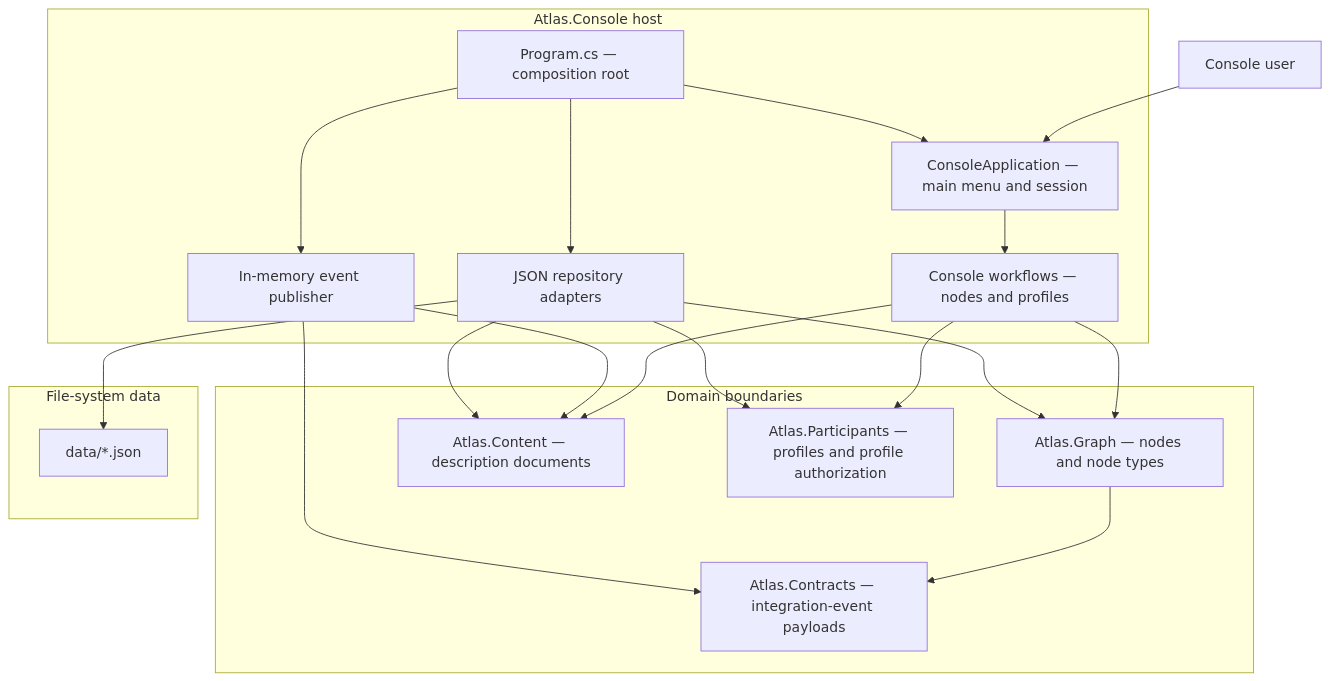
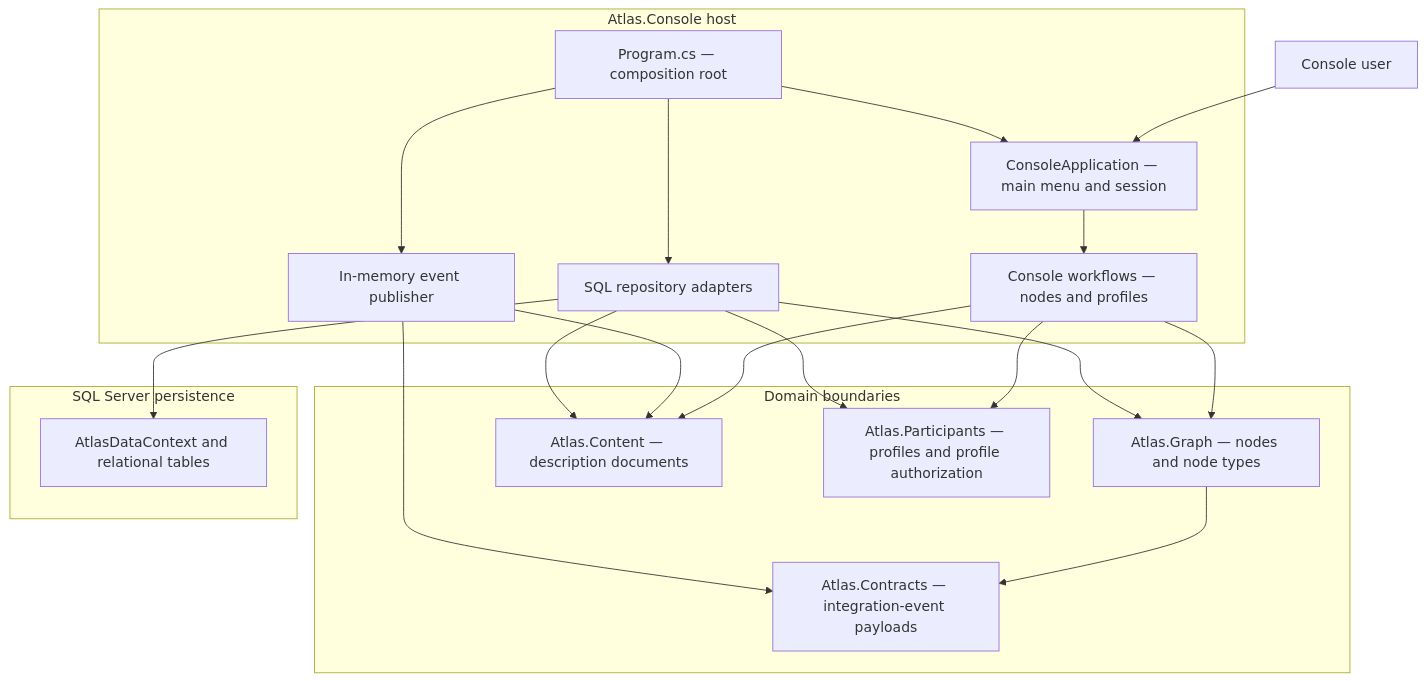
The first of 5 diagrams in src/Atlas.Console/README.md (williamowen65/atlas-the-public-think-tank), drawn with Mermaid before and after one commit. The commit also changed other lines of this file and 41 other files, not shown here.

Commit message:
docs: align blackboards and architecture with SQL Server persistence

````diff
--- a/src/Atlas.Console/README.md
+++ b/src/Atlas.Console/README.md
@@ -9,39 +9,39 @@
 ```mermaid
 flowchart TB
     user["Console user"]
 
     subgraph host["Atlas.Console host"]
         program["Program.cs — composition root"]
         app["ConsoleApplication — main menu and session"]
         workflows["Console workflows — nodes and profiles"]
         eventBus["In-memory event publisher"]
-        adapters["JSON repository adapters"]
+        adapters["SQL repository adapters"]
     end
 
     subgraph boundaries["Domain boundaries"]
         graphDomain["Atlas.Graph — nodes and node types"]
         content["Atlas.Content — description documents"]
         participants["Atlas.Participants — profiles and profile authorization"]
         contracts["Atlas.Contracts — integration-event payloads"]
     end
 
-    subgraph storage["File-system data"]
-        files["data/*.json"]
+    subgraph storage["SQL Server persistence"]
+        files["AtlasDataContext and relational tables"]
     end
 
     user --> app
     program --> app
     program --> eventBus
     program --> adapters
     app --> workflows
     workflows --> graphDomain
     workflows --> content
     workflows --> participants
     graphDomain --> contracts
     eventBus --> contracts
     eventBus --> content
     adapters --> graphDomain
     adapters --> content
     adapters --> participants
     adapters --> files
 ```
````
